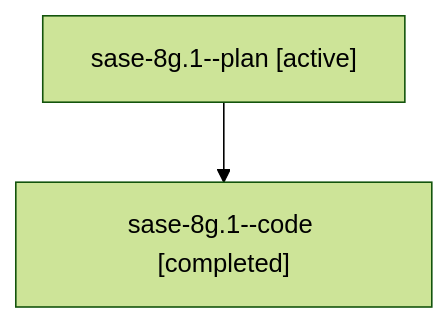
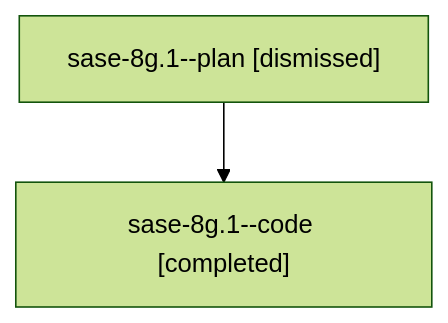
Before and after one commit to sase-org/sase--agents: the diagram in sessions/bbugyi200.athena.sase-8g.1.md, drawn with Mermaid (forest theme). The commit also changed other lines of this file and 100 other files, not shown here.

````diff
--- a/sessions/bbugyi200.athena.sase-8g.1.md
+++ b/sessions/bbugyi200.athena.sase-8g.1.md
@@ -9,6 +9,6 @@
 ```mermaid
 flowchart TD
-  n0["sase-8g.1--plan [active]"]
+  n0["sase-8g.1--plan [dismissed]"]
   n1["sase-8g.1--code [completed]"]
   n0 --> n1
 ```
````
